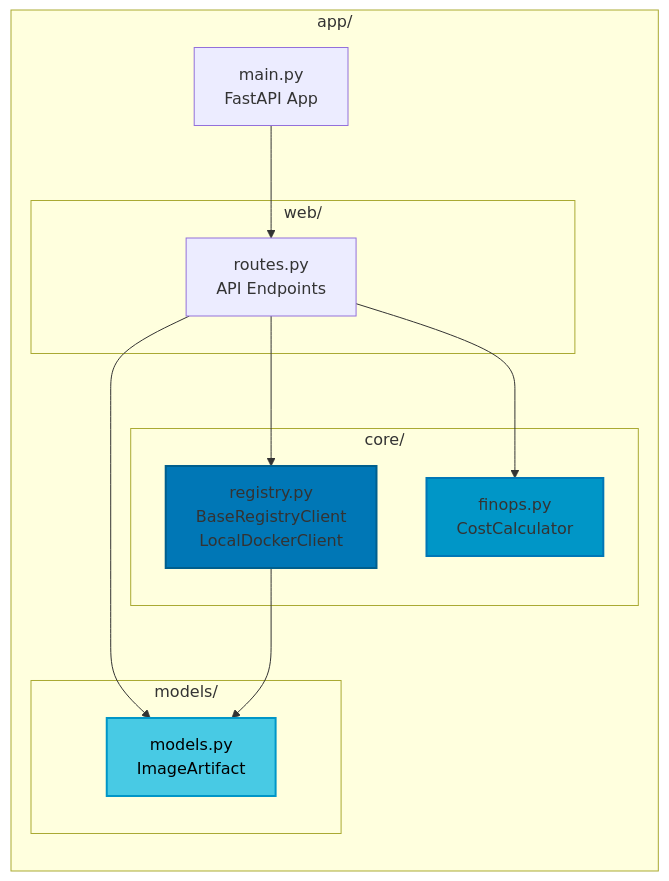
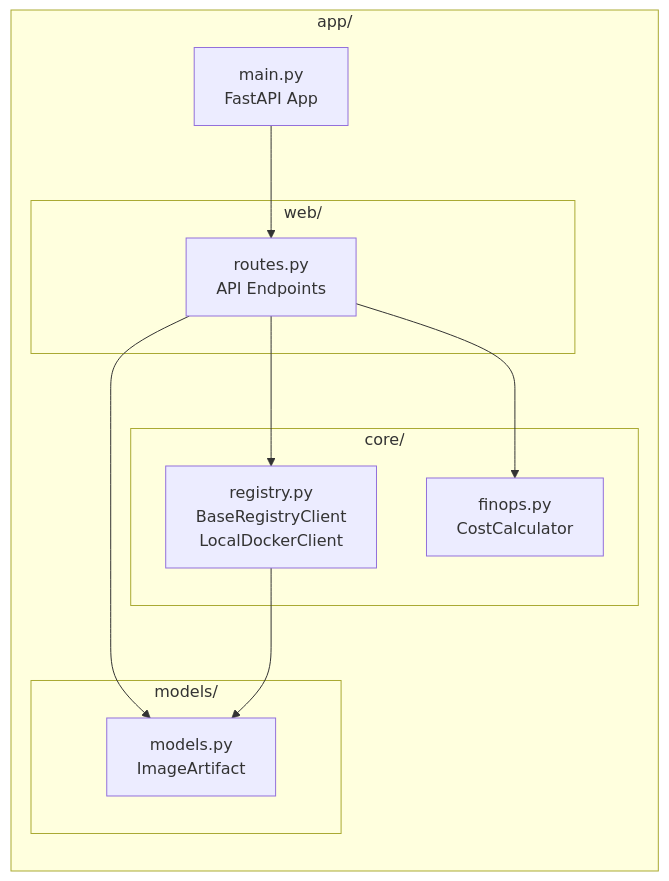
The third of 3 diagrams in README.md (adam-benyekkou/Dredge), drawn with Mermaid before and after one commit. The commit also changed other lines of this file and 1 other file, not shown here.

````diff
--- a/README.md
+++ b/README.md
@@ -144,29 +139,25 @@
 ```mermaid
 graph LR
     subgraph "app/"
         subgraph "core/"
             Registry[registry.py<br/>BaseRegistryClient<br/>LocalDockerClient]
             FinOps[finops.py<br/>CostCalculator]
         end
         
         subgraph "models/"
             Models[models.py<br/>ImageArtifact]
         end
         
         subgraph "web/"
             Routes[routes.py<br/>API Endpoints]
         end
         
         Main[main.py<br/>FastAPI App]
     end
     
     Main --> Routes
     Routes --> Registry
     Routes --> FinOps
     Routes --> Models
     Registry --> Models
-    
-    style Registry fill:#0077B6,stroke:#005F8D,stroke-width:2px
-    style FinOps fill:#0096C7,stroke:#0077B6,stroke-width:2px
-    style Models fill:#48CAE4,stroke:#0096C7,stroke-width:2px,color:#000
 ```
````
